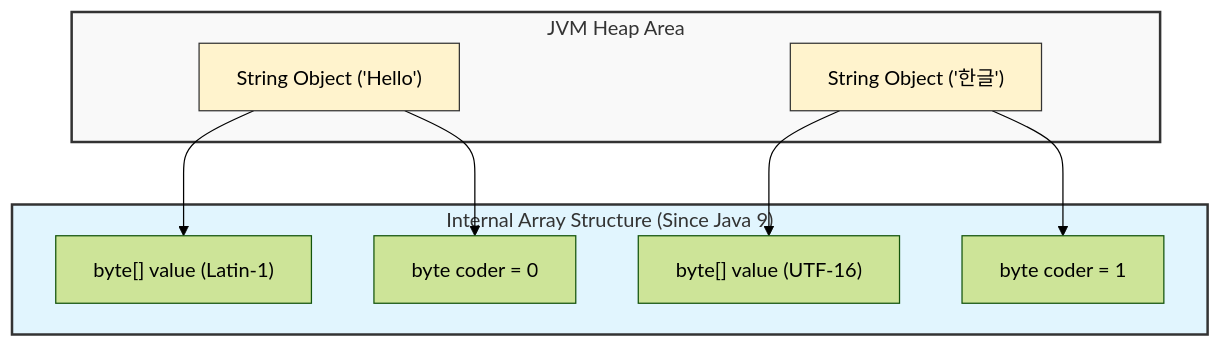
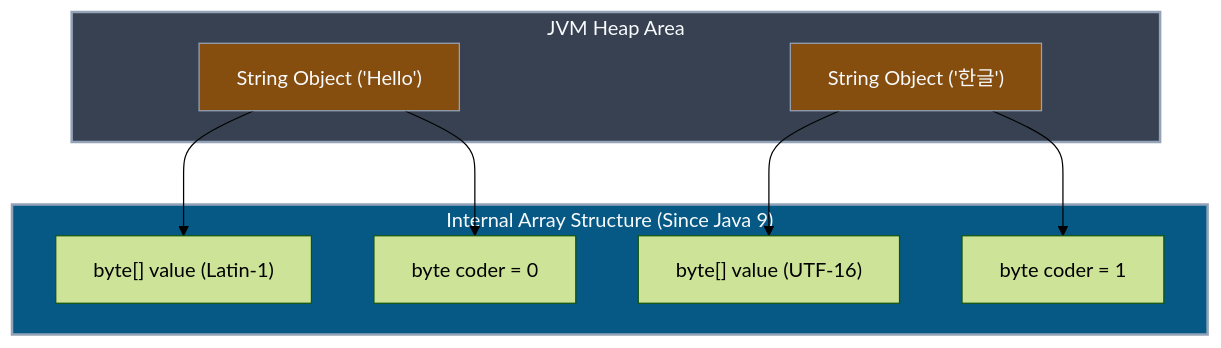
One commit to Kang-Hyesung/kang-hyesung.github.io changed the first of 3 diagrams in _posts/java/09-불변_객체와_String_클래스/2026-01-24-문자열-상수와-string.md. Above: the diagram before and after it, drawn with Mermaid (forest theme). The commit also changed other lines of this file and 74 other files, not shown here.

Commit message:
docs: update post visibility and mermaid colors

````diff
--- a/_posts/java/09-불변_객체와_String_클래스/2026-01-24-문자열-상수와-string.md
+++ b/_posts/java/09-불변_객체와_String_클래스/2026-01-24-문자열-상수와-string.md
@@ -23,27 +23,27 @@
 ```mermaid
 graph TD
     subgraph Heap ["JVM Heap Area"]
         S1["String Object ('Hello')"]
         S2["String Object ('한글')"]
     end
 
     subgraph Internal ["Internal Array Structure (Since Java 9)"]
         A1["byte[] value (Latin-1)"]
         A2["byte[] value (UTF-16)"]
         C1["byte coder = 0"]
         C2["byte coder = 1"]
     end
 
     S1 --> A1
     S1 --> C1
     S2 --> A2
     S2 --> C2
 
     %% 스타일 정의
-    style Heap fill:#f9f9f9,stroke:#333,stroke-width:2px
-    style Internal fill:#e1f5fe,stroke:#333,stroke-width:2px
-    style S1 fill:#fff3cd,stroke:#333
-    style S2 fill:#fff3cd,stroke:#333
+    style Heap fill:#374151,stroke:#94a3b8,stroke-width:2px,color:#f8fafc
+    style Internal fill:#075985,stroke:#94a3b8,stroke-width:2px,color:#f8fafc
+    style S1 fill:#854d0e,stroke:#94a3b8,color:#f8fafc
+    style S2 fill:#854d0e,stroke:#94a3b8,color:#f8fafc
 
 
 ```
````
